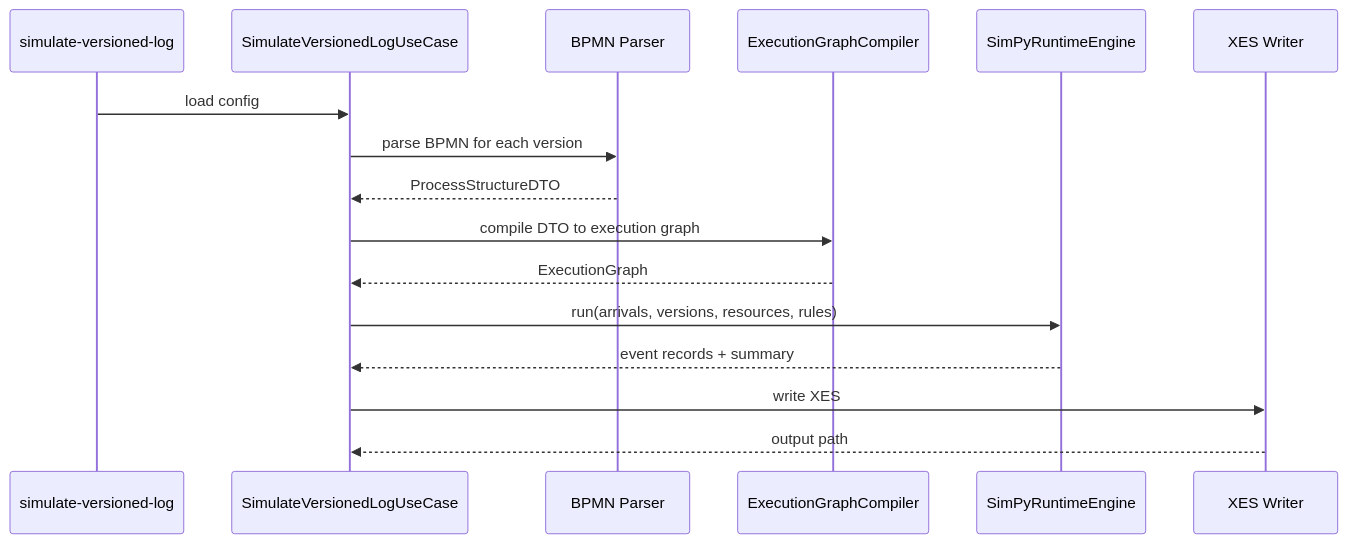
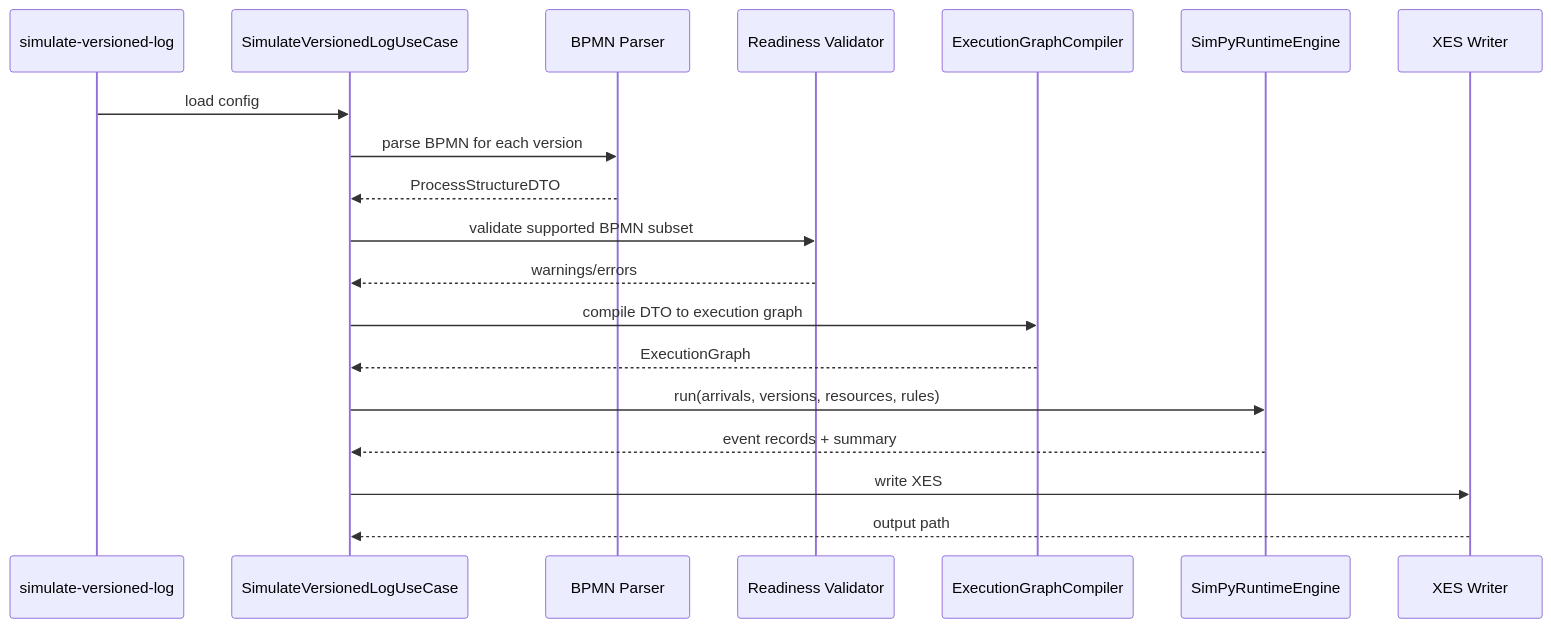
One commit to ghsrg/bpm_prediction changed the second of 2 diagrams in docs/Scec4Simulator_S1.MD. Above: the diagram before and after it, drawn with Mermaid. The commit also changed other lines of this file and 1 other file, not shown here.

````diff
--- a/docs/Scec4Simulator_S1.MD
+++ b/docs/Scec4Simulator_S1.MD
@@ -97,19 +99,22 @@
 ```mermaid
 sequenceDiagram
     participant CLI as simulate-versioned-log
     participant UC as SimulateVersionedLogUseCase
     participant Parser as BPMN Parser
+    participant Validator as Readiness Validator
     participant Compiler as ExecutionGraphCompiler
     participant Engine as SimPyRuntimeEngine
     participant Writer as XES Writer
 
     CLI->>UC: load config
     UC->>Parser: parse BPMN for each version
     Parser-->>UC: ProcessStructureDTO
+    UC->>Validator: validate supported BPMN subset
+    Validator-->>UC: warnings/errors
     UC->>Compiler: compile DTO to execution graph
     Compiler-->>UC: ExecutionGraph
     UC->>Engine: run(arrivals, versions, resources, rules)
     Engine-->>UC: event records + summary
     UC->>Writer: write XES
     Writer-->>UC: output path
 ```
````
